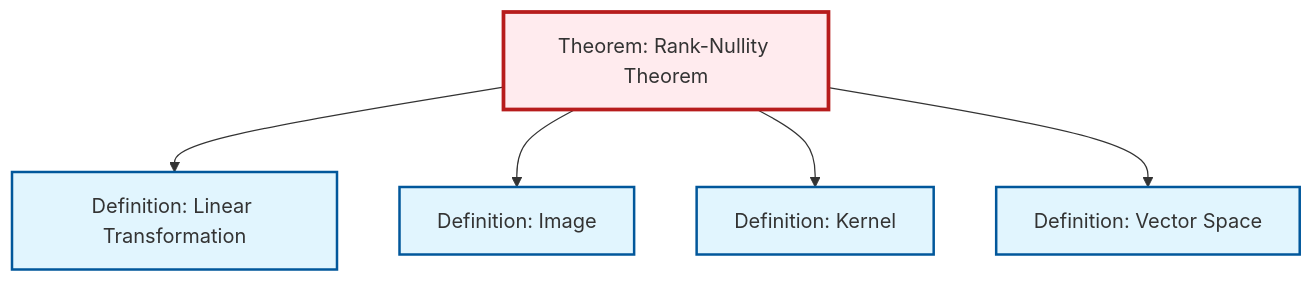
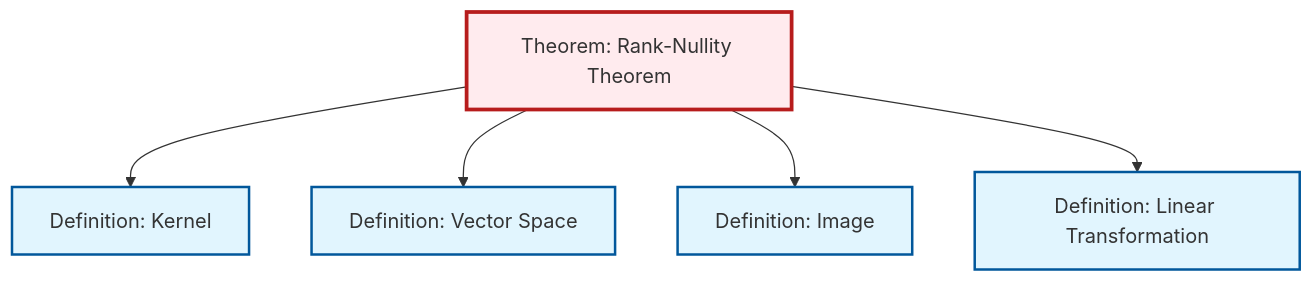
One commit to RK0429/ModernMath changed the diagram in content/en/algebra/thm-rank-nullity.qmd. Above: the diagram before and after it, drawn with Mermaid. The commit also changed other lines of this file and 360 other files, not shown here.

````diff
--- a/content/en/algebra/thm-rank-nullity.qmd
+++ b/content/en/algebra/thm-rank-nullity.qmd
@@ -55,23 +55,23 @@
 ```{mermaid}
 %%| fig-cap: "Local dependency graph"
 graph TD
     classDef definition fill:#e1f5fe,stroke:#01579b,stroke-width:2px
     classDef theorem fill:#f3e5f5,stroke:#4a148c,stroke-width:2px
     classDef axiom fill:#fff3e0,stroke:#e65100,stroke-width:2px
     classDef example fill:#e8f5e9,stroke:#1b5e20,stroke-width:2px
     classDef current fill:#ffebee,stroke:#b71c1c,stroke-width:3px
+    thm-rank-nullity["Theorem: Rank-Nullity Theorem"]:::theorem
     def-kernel["Definition: Kernel"]:::definition
+    def-image["Definition: Image"]:::definition
+    def-vector-space["Definition: Vector Space"]:::definition
     def-linear-transformation["Definition: Linear Transformation"]:::definition
-    def-vector-space["Definition: Vector Space"]:::definition
-    thm-rank-nullity["Theorem: Rank-Nullity Theorem"]:::theorem
-    def-image["Definition: Image"]:::definition
-    thm-rank-nullity --> def-linear-transformation
-    thm-rank-nullity --> def-image
     thm-rank-nullity --> def-kernel
     thm-rank-nullity --> def-vector-space
+    thm-rank-nullity --> def-image
+    thm-rank-nullity --> def-linear-transformation
     class thm-rank-nullity current
     click def-kernel "def-kernel.html" "Go to Kernel definition"
+    click def-image "def-image.html" "Go to Image definition"
+    click def-vector-space "def-vector-space.html" "Go to Vector Space definition"
     click def-linear-transformation "def-linear-transformation.html" "Go to Linear Transformation definition"
-    click def-vector-space "def-vector-space.html" "Go to Vector Space definition"
-    click def-image "def-image.html" "Go to Image definition"
 ```
````
